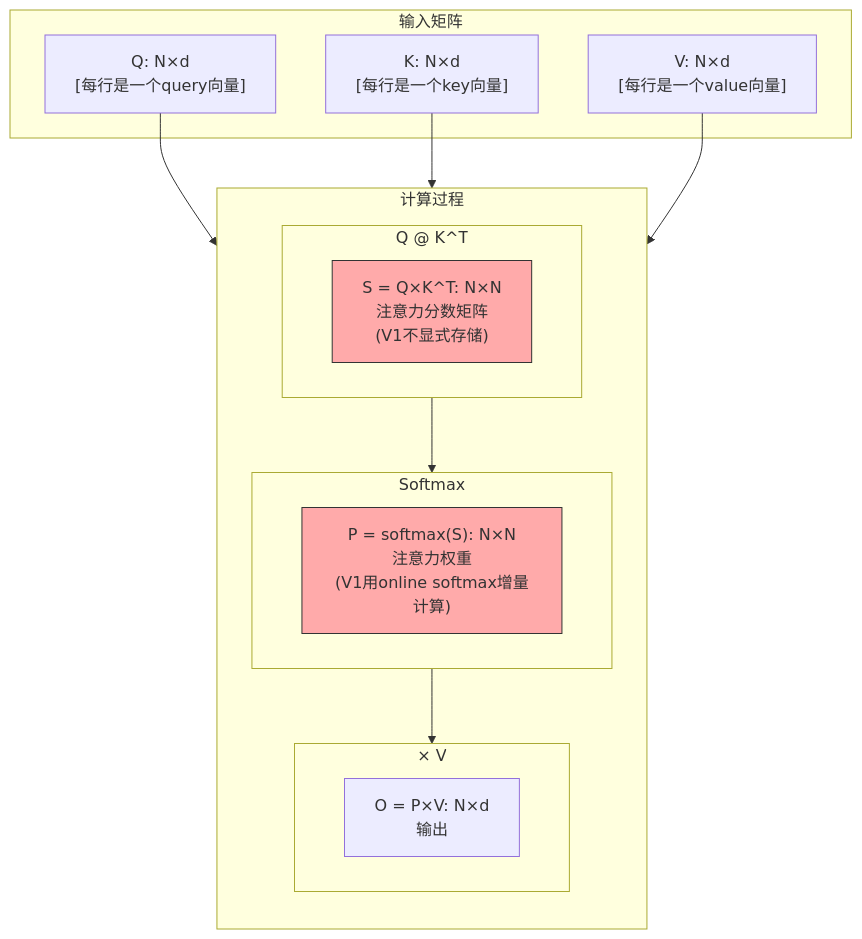
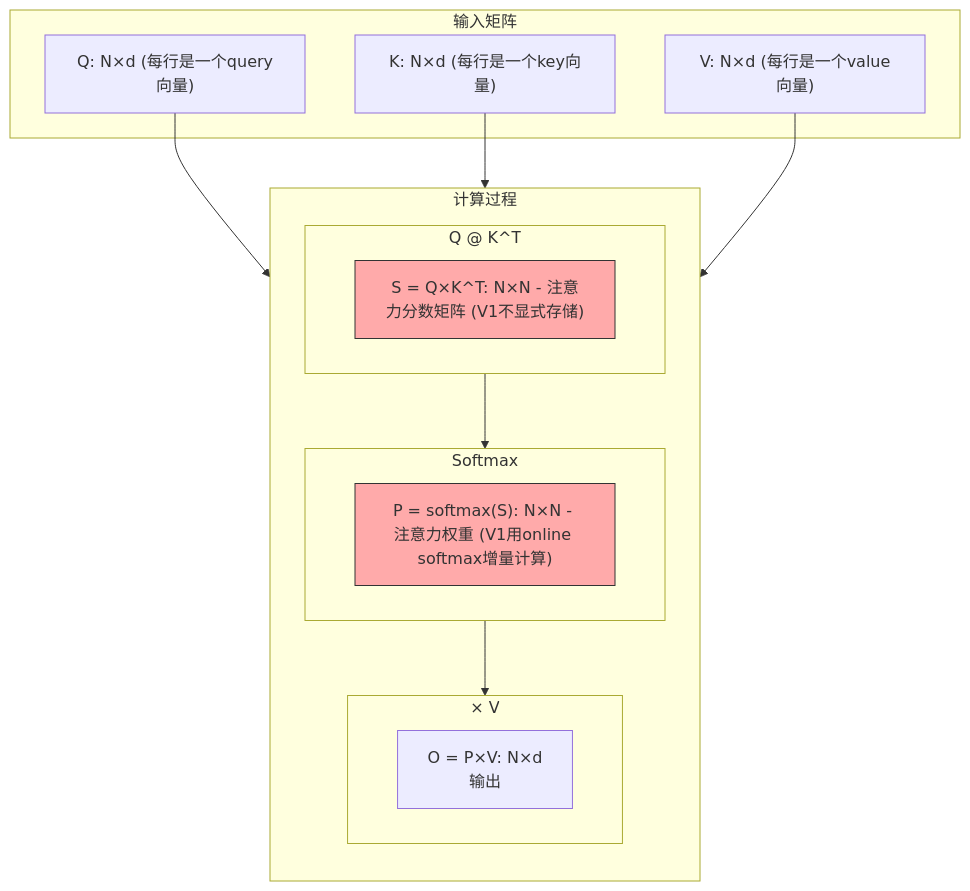
One commit to hzchenxiaobin/LLM changed the fifth of 7 diagrams in flashattention/docs/V1_ALGORITHM_VISUAL.md. Above: the diagram before and after it, drawn with Mermaid. The commit also changed other lines of this file, not shown here.

First line of the commit message:
Fix mermaid diagram rendering in V1_ALGORITHM_VISUAL.md

````diff
--- a/flashattention/docs/V1_ALGORITHM_VISUAL.md
+++ b/flashattention/docs/V1_ALGORITHM_VISUAL.md
@@ -205,33 +205,33 @@
 ```mermaid
 flowchart TB
     subgraph Input[输入矩阵]
-        Q["Q: N×d<br/>[每行是一个query向量]"]
-        K["K: N×d<br/>[每行是一个key向量]"]
-        V["V: N×d<br/>[每行是一个value向量]"]
+        Q["Q: N×d (每行是一个query向量)"]
+        K["K: N×d (每行是一个key向量)"]
+        V["V: N×d (每行是一个value向量)"]
     end
 
     subgraph Computation[计算过程]
         direction TB
 
         subgraph Step1[Q @ K^T]
-            S["S = Q×K^T: N×N<br/>注意力分数矩阵<br/>(V1不显式存储)"]
+            S["S = Q×K^T: N×N - 注意力分数矩阵 (V1不显式存储)"]
         end
 
         subgraph Step2[Softmax]
-            P["P = softmax(S): N×N<br/>注意力权重<br/>(V1用online softmax增量计算)"]
+            P["P = softmax(S): N×N - 注意力权重 (V1用online softmax增量计算)"]
         end
 
         subgraph Step3[× V]
             O["O = P×V: N×d<br/>输出"]
         end
     end
 
     Q --> Step1
     K --> Step1
     Step1 --> Step2
     Step2 --> Step3
     V --> Step3
 
     style S fill:#faa,stroke:#333
     style P fill:#faa,stroke:#333
 ```
````
